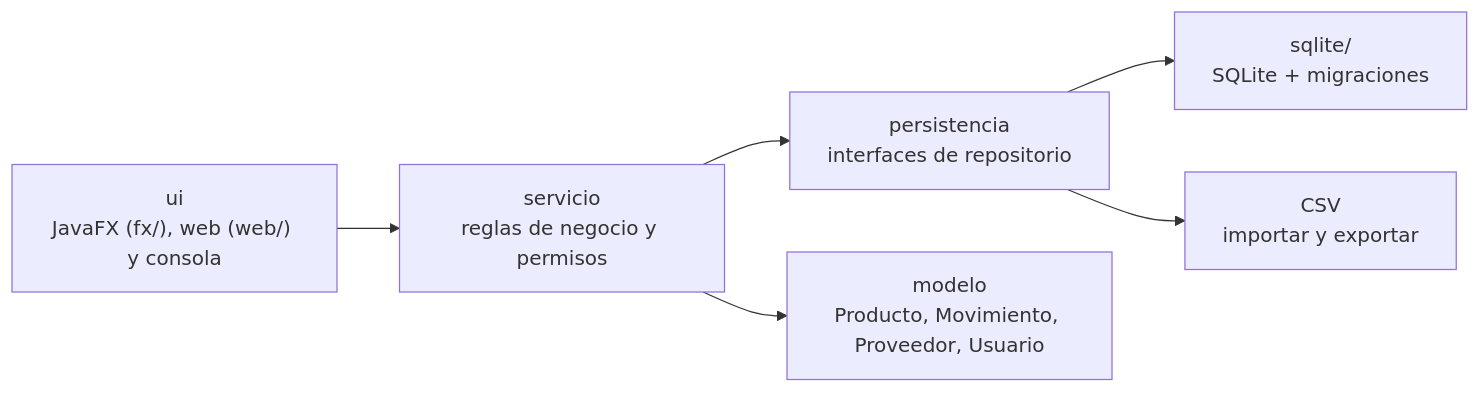
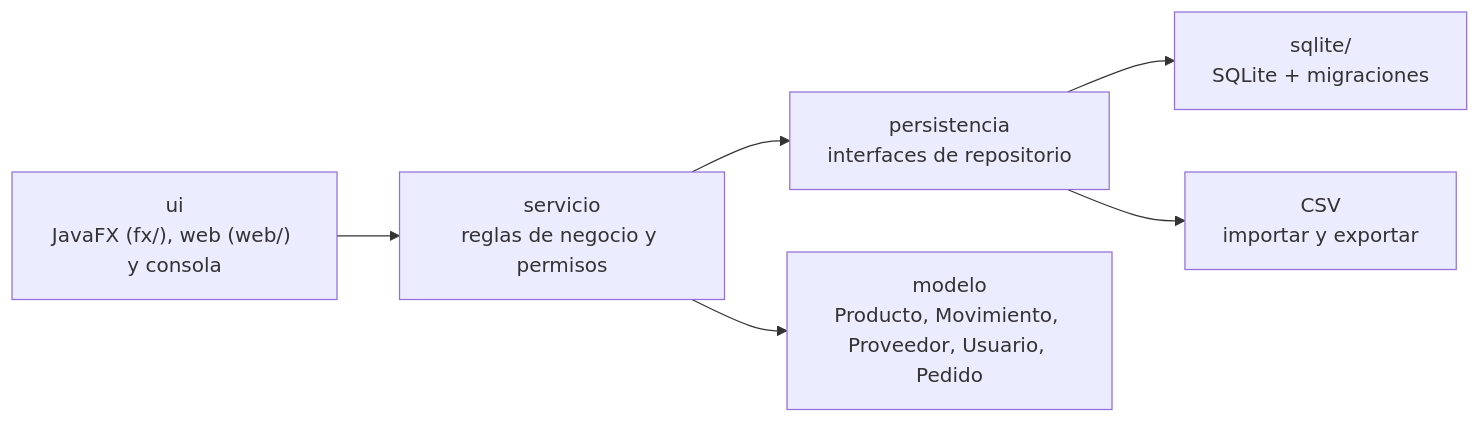
Before and after one commit to alex123floresc-sketch/AdmInven: the first of 2 diagrams in README.md, drawn with Mermaid. The commit also changed other lines of this file and 23 other files, not shown here.

````diff
--- a/README.md
+++ b/README.md
@@ -144,8 +150,8 @@
 ```mermaid
 flowchart LR
     UI["ui<br/>JavaFX (fx/), web (web/) y consola"] --> S["servicio<br/>reglas de negocio y permisos"]
     S --> R["persistencia<br/>interfaces de repositorio"]
     R --> DB["sqlite/<br/>SQLite + migraciones"]
     R --> CSV["CSV<br/>importar y exportar"]
-    S --> M["modelo<br/>Producto, Movimiento, Proveedor, Usuario"]
+    S --> M["modelo<br/>Producto, Movimiento, Proveedor, Usuario, Pedido"]
 ```
````
